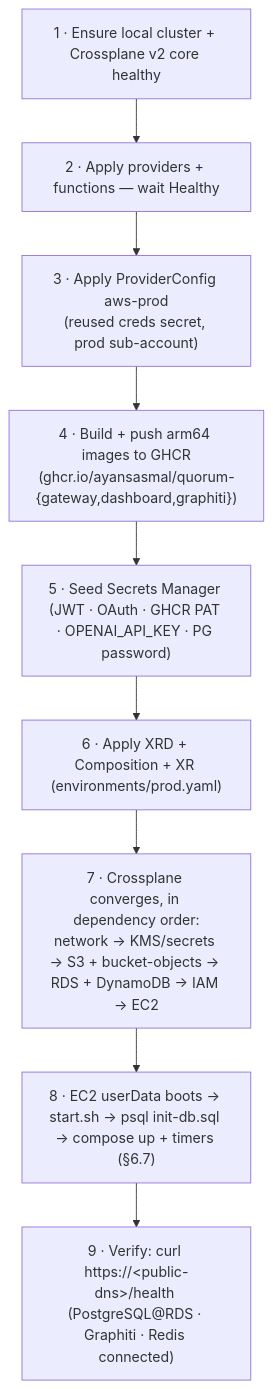
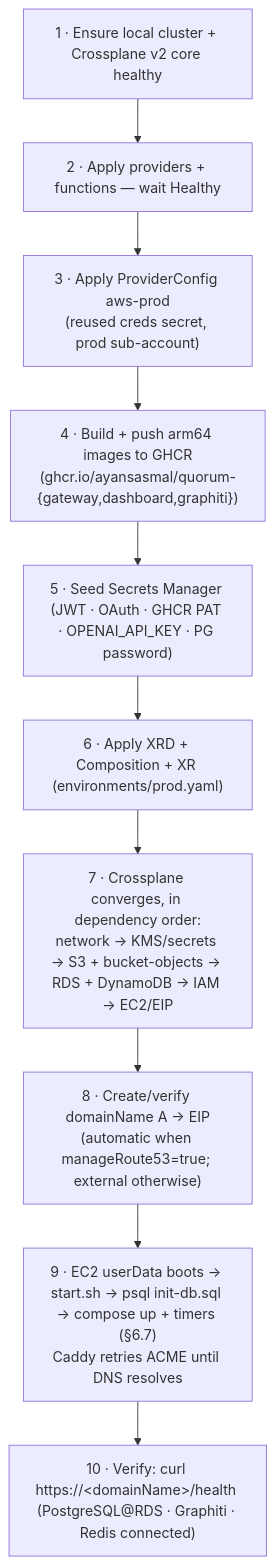
One commit to ayansasmal/quorum changed the third of 3 diagrams in docs/superpowers/specs/2026-06-11-quorum-aws-crossplane-deployment-design.md. Above: the diagram before and after it, drawn with Mermaid. The commit also changed other lines of this file and 1 other file, not shown here.

````diff
--- a/docs/superpowers/specs/2026-06-11-quorum-aws-crossplane-deployment-design.md
+++ b/docs/superpowers/specs/2026-06-11-quorum-aws-crossplane-deployment-design.md
@@ -442,11 +460,12 @@
 ```mermaid
 flowchart TD
     A["1 · Ensure local cluster + Crossplane v2 core healthy"] --> B["2 · Apply providers + functions — wait Healthy"]
     B --> C["3 · Apply ProviderConfig aws-prod<br/>(reused creds secret, prod sub-account)"]
     C --> D["4 · Build + push arm64 images to GHCR<br/>(ghcr.io/ayansasmal/quorum-{gateway,dashboard,graphiti})"]
     D --> E["5 · Seed Secrets Manager (JWT · OAuth · GHCR PAT · OPENAI_API_KEY · PG password)"]
     E --> F["6 · Apply XRD + Composition + XR (environments/prod.yaml)"]
-    F --> G["7 · Crossplane converges, in dependency order:<br/>network → KMS/secrets → S3 + bucket-objects → RDS + DynamoDB → IAM → EC2"]
-    G --> H["8 · EC2 userData boots → start.sh → psql init-db.sql → compose up + timers (§6.7)"]
-    H --> I["9 · Verify: curl https://&lt;public-dns&gt;/health (PostgreSQL@RDS · Graphiti · Redis connected)"]
+    F --> G["7 · Crossplane converges, in dependency order:<br/>network → KMS/secrets → S3 + bucket-objects → RDS + DynamoDB → IAM → EC2/EIP"]
+    G --> H["8 · Create/verify domainName A → EIP<br/>(automatic when manageRoute53=true; external otherwise)"]
+    H --> I["9 · EC2 userData boots → start.sh → psql init-db.sql → compose up + timers (§6.7)<br/>Caddy retries ACME until DNS resolves"]
+    I --> J["10 · Verify: curl https://&lt;domainName&gt;/health (PostgreSQL@RDS · Graphiti · Redis connected)"]
 ```
````
